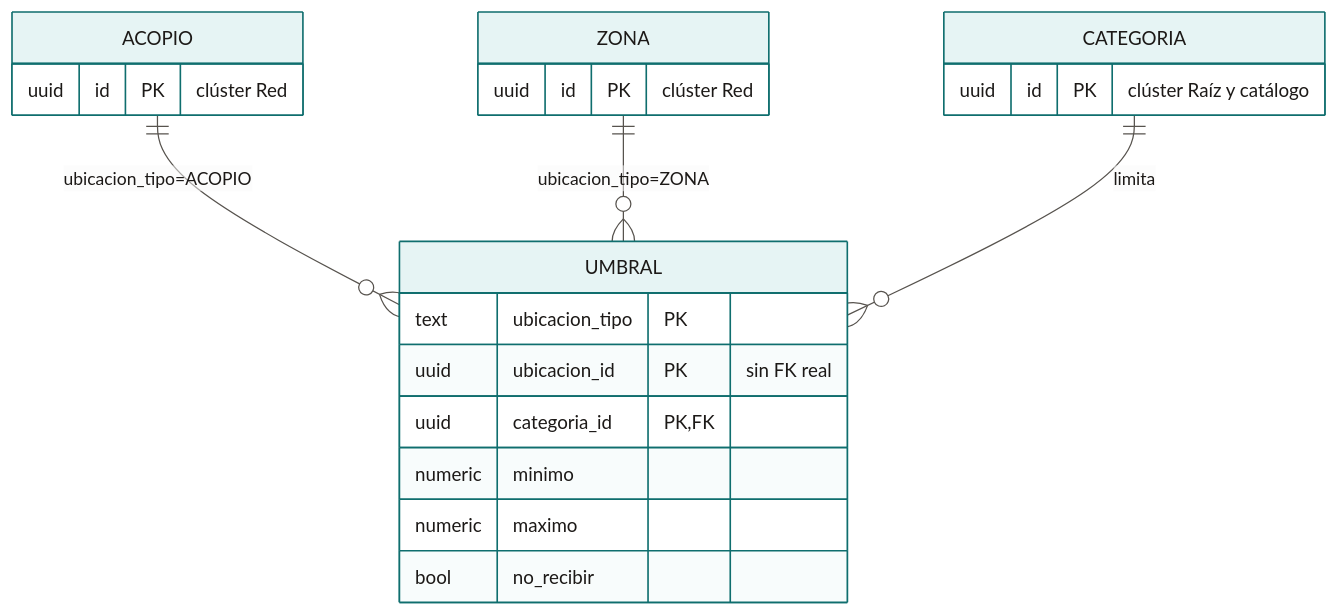
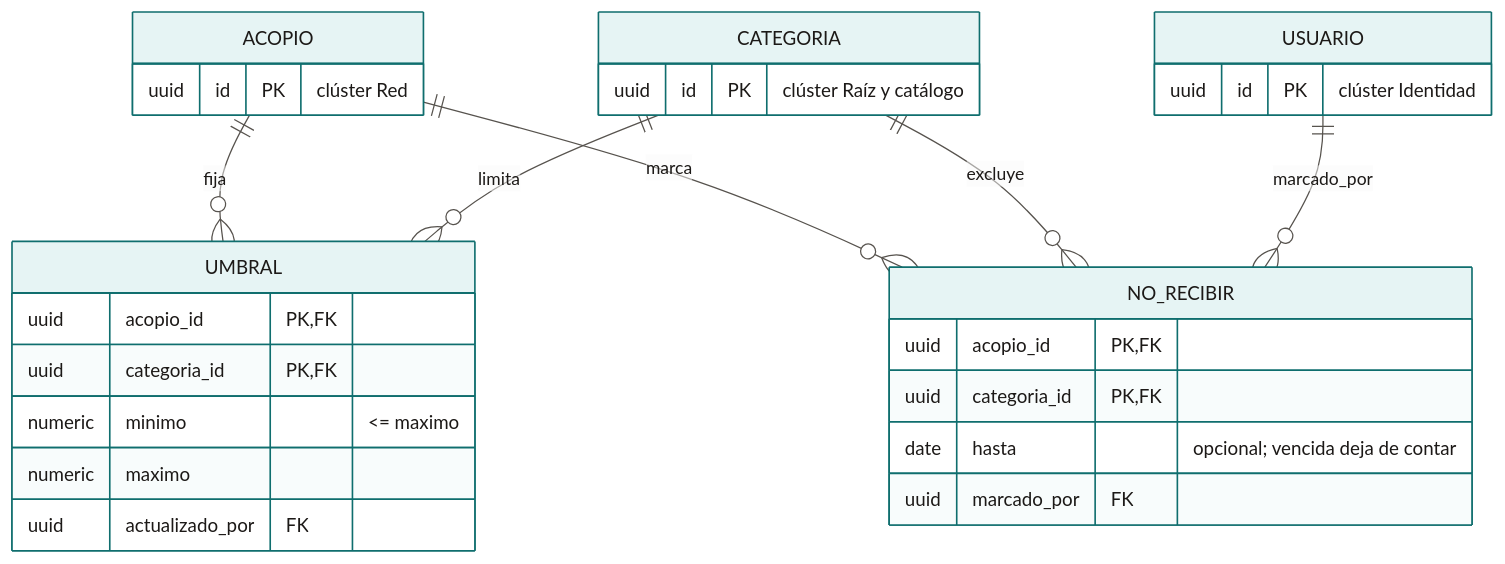
Before and after one commit to Proyecto-IngSoftware/acopio: the diagram in docs/02-arquitectura/diagramas/mmd/er-03b-existencias-el-nucleo.mmd, drawn with Mermaid. The commit also changed 62 other files, not shown here.

```diff
--- a/docs/02-arquitectura/diagramas/mmd/er-03b-existencias-el-nucleo.mmd
+++ b/docs/02-arquitectura/diagramas/mmd/er-03b-existencias-el-nucleo.mmd
@@ -1,23 +1,30 @@
 %%{init: {"theme":"base","themeVariables":{"fontFamily":"Inter, Segoe UI, Arial, sans-serif","fontSize":"15px","primaryColor":"#E6F4F4","primaryTextColor":"#1C1917","primaryBorderColor":"#0F6E6E","secondaryColor":"#C7E8E8","tertiaryColor":"#FAFAF9","lineColor":"#57534E","textColor":"#1C1917","mainBkg":"#E6F4F4","nodeBorder":"#0F6E6E","clusterBkg":"#F5F5F4","clusterBorder":"#A8A29E","edgeLabelBackground":"#FFFFFF","attributeBackgroundColorOdd":"#FFFFFF","attributeBackgroundColorEven":"#F5F5F4"},"er":{"useMaxWidth":false},"flowchart":{"useMaxWidth":false,"htmlLabels":true,"curve":"basis"}}}%%
 erDiagram
-    ACOPIO ||--o{ UMBRAL : "ubicacion_tipo=ACOPIO"
-    ZONA   ||--o{ UMBRAL : "ubicacion_tipo=ZONA"
+    ACOPIO ||--o{ UMBRAL : fija
     CATEGORIA ||--o{ UMBRAL : limita
+    ACOPIO ||--o{ NO_RECIBIR : marca
+    CATEGORIA ||--o{ NO_RECIBIR : excluye
+    USUARIO ||--o{ NO_RECIBIR : "marcado_por"
 
     ACOPIO {
-        uuid id PK "clúster Red"
-    }
-    ZONA {
         uuid id PK "clúster Red"
     }
     CATEGORIA {
         uuid id PK "clúster Raíz y catálogo"
     }
+    USUARIO {
+        uuid id PK "clúster Identidad"
+    }
     UMBRAL {
-        text ubicacion_tipo PK
-        uuid ubicacion_id PK "sin FK real"
+        uuid acopio_id PK,FK
         uuid categoria_id PK,FK
-        numeric minimo
+        numeric minimo "<= maximo"
         numeric maximo
-        bool no_recibir
+        uuid actualizado_por FK
     }
+    NO_RECIBIR {
+        uuid acopio_id PK,FK
+        uuid categoria_id PK,FK
+        date hasta "opcional; vencida deja de contar"
+        uuid marcado_por FK
+    }
```
